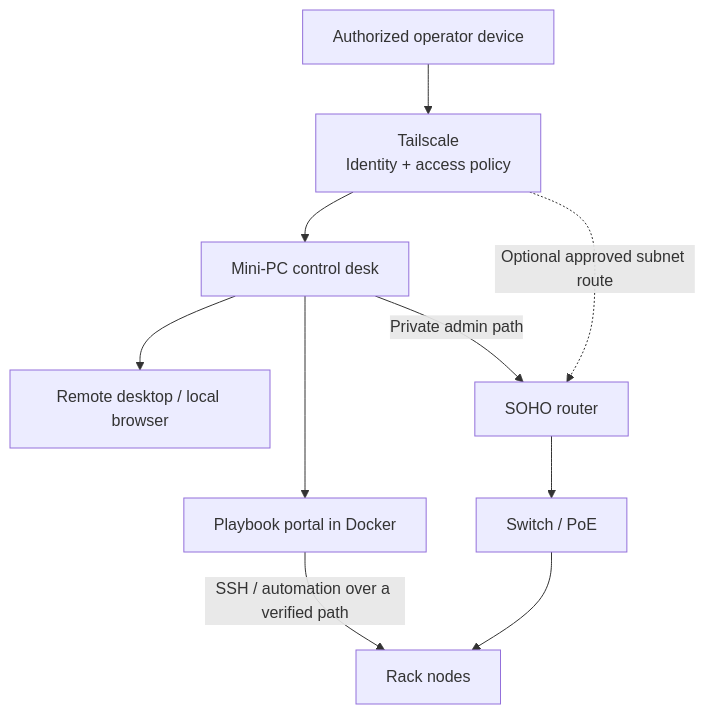
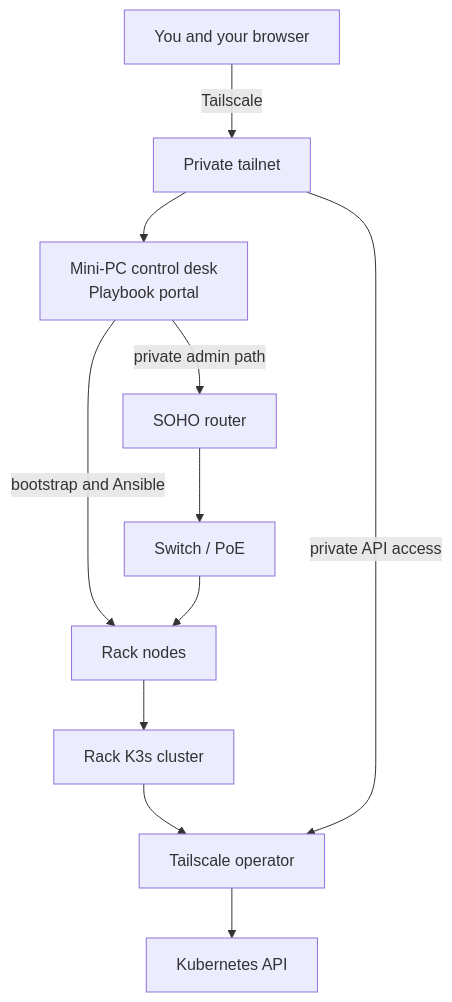
Before and after one commit to MeVsTheVoices/Playbook: the diagram in docs/soho-rack-vision.md, drawn with Mermaid. The commit also changed other lines of this file, not shown here.

First line of the commit message:
docs: simplify SOHO rack vision

````diff
--- a/docs/soho-rack-vision.md
+++ b/docs/soho-rack-vision.md
@@ -114,12 +40,13 @@
 ```mermaid
 flowchart TD
-    Operator["Authorized operator device"] --> Tailnet["Tailscale<br/>Identity + access policy"]
-    Tailnet --> Desk["Mini-PC control desk"]
-    Desk --> GUI["Remote desktop / local browser"]
-    Desk --> Portal["Playbook portal in Docker"]
-    Portal -->|SSH / automation over a verified path| Nodes["Rack nodes"]
-    Desk -->|Private admin path| Router["SOHO router"]
-    Tailnet -. Optional approved subnet route .-> Router
+    You["You and your browser"] -->|Tailscale| Tailnet["Private tailnet"]
+    Tailnet --> Desk["Mini-PC control desk<br/>Playbook portal"]
+    Desk -->|bootstrap and Ansible| Nodes["Rack nodes"]
+    Nodes --> Cluster["Rack K3s cluster"]
+    Cluster --> Operator["Tailscale operator"]
+    Tailnet -->|private API access| Operator
+    Operator --> K8sAPI["Kubernetes API"]
+    Desk -->|private admin path| Router["SOHO router"]
     Router --> Switch["Switch / PoE"]
     Switch --> Nodes
 ```
````
